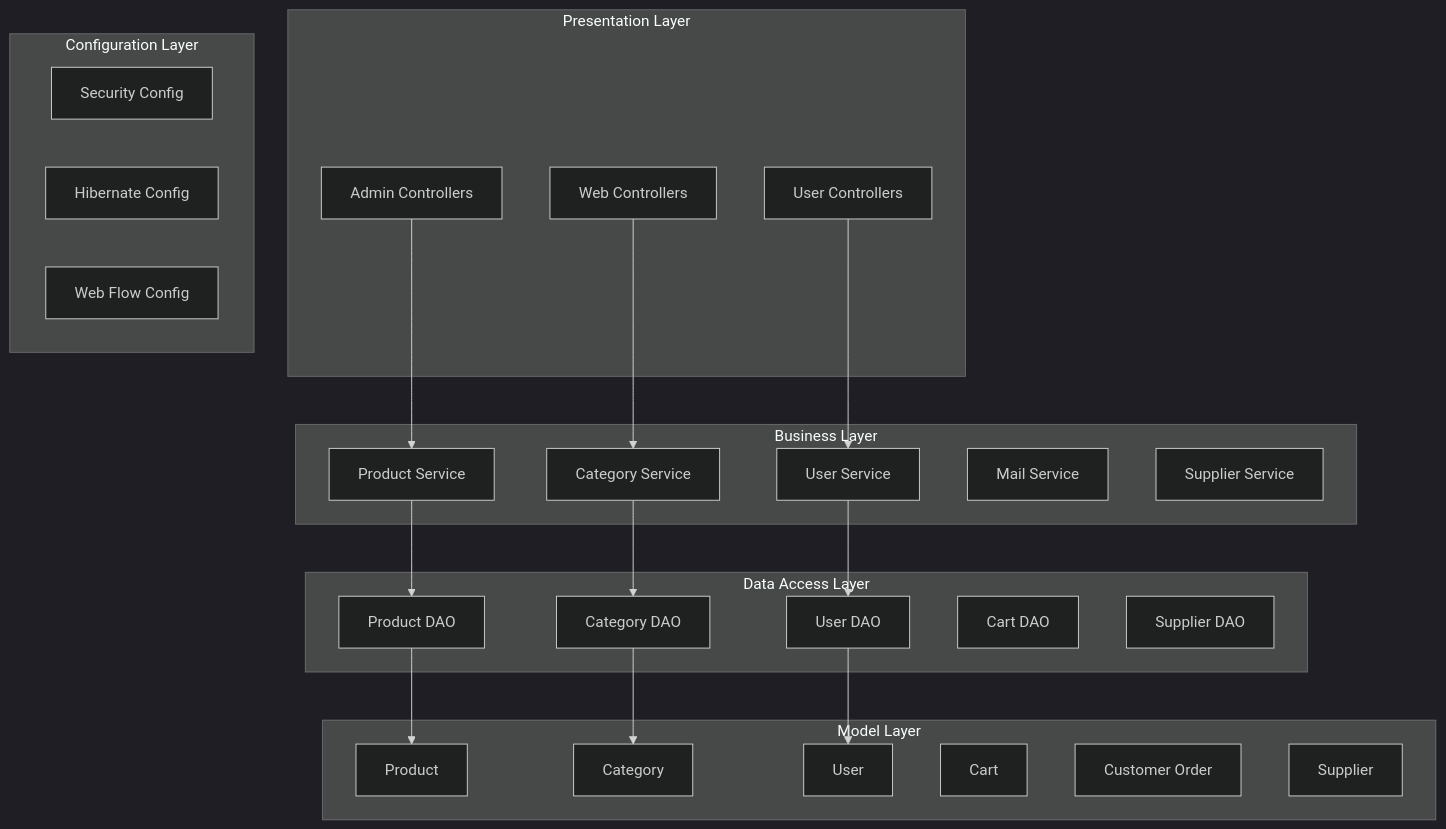
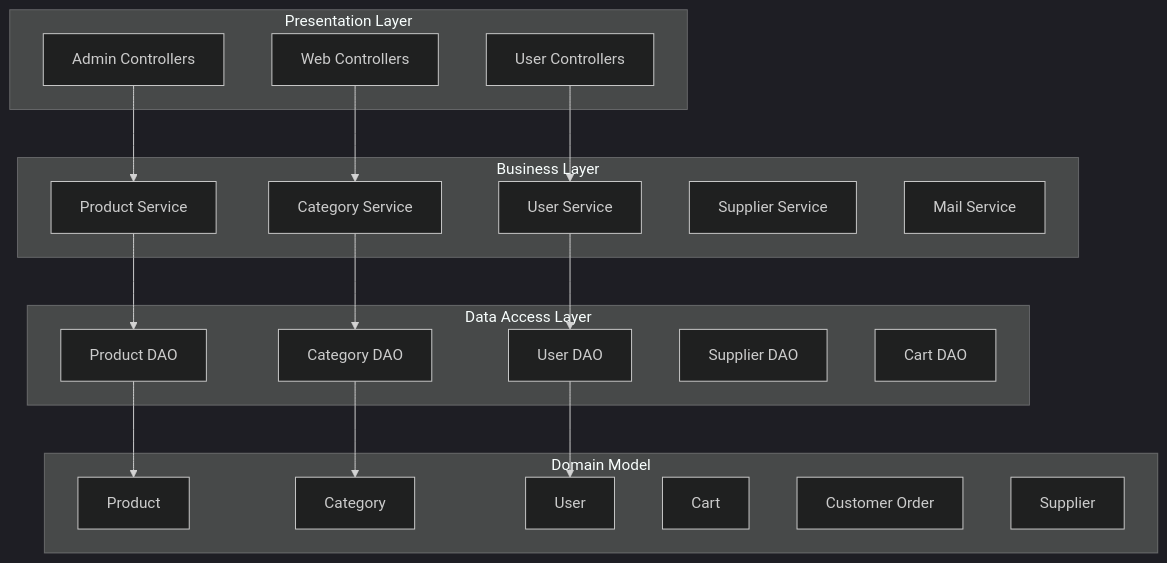
The first of 7 diagrams in .kiro/steering/architecture.md (karthikv2206/ECommerce), drawn with Mermaid (dark theme) before and after one commit. The commit also changed other lines of this file and 7 other files, not shown here.

````diff
--- a/.kiro/steering/architecture.md
+++ b/.kiro/steering/architecture.md
@@ -632,49 +47,43 @@
 ```mermaid
 graph TB
     subgraph "Presentation Layer"
         WC[Web Controllers]
         AC[Admin Controllers]
         UC[User Controllers]
     end
     
     subgraph "Business Layer"
         CS[Category Service]
         PS[Product Service]
         US[User Service]
+        SS[Supplier Service]
         MS[Mail Service]
-        SS[Supplier Service]
     end
     
     subgraph "Data Access Layer"
         CD[Category DAO]
         PD[Product DAO]
         UD[User DAO]
+        SD[Supplier DAO]
         CAD[Cart DAO]
-        SD[Supplier DAO]
     end
     
-    subgraph "Model Layer"
+    subgraph "Domain Model"
         P[Product]
         C[Category]
         U[User]
         CA[Cart]
         CO[Customer Order]
-        S[Supplier]
-    end
-    
-    subgraph "Configuration Layer"
-        SC[Security Config]
-        HC[Hibernate Config]
-        WFC[Web Flow Config]
+        SP[Supplier]
     end
     
     WC --> CS
     AC --> PS
     UC --> US
     CS --> CD
     PS --> PD
     US --> UD
     CD --> C
     PD --> P
     UD --> U
 ```
````
